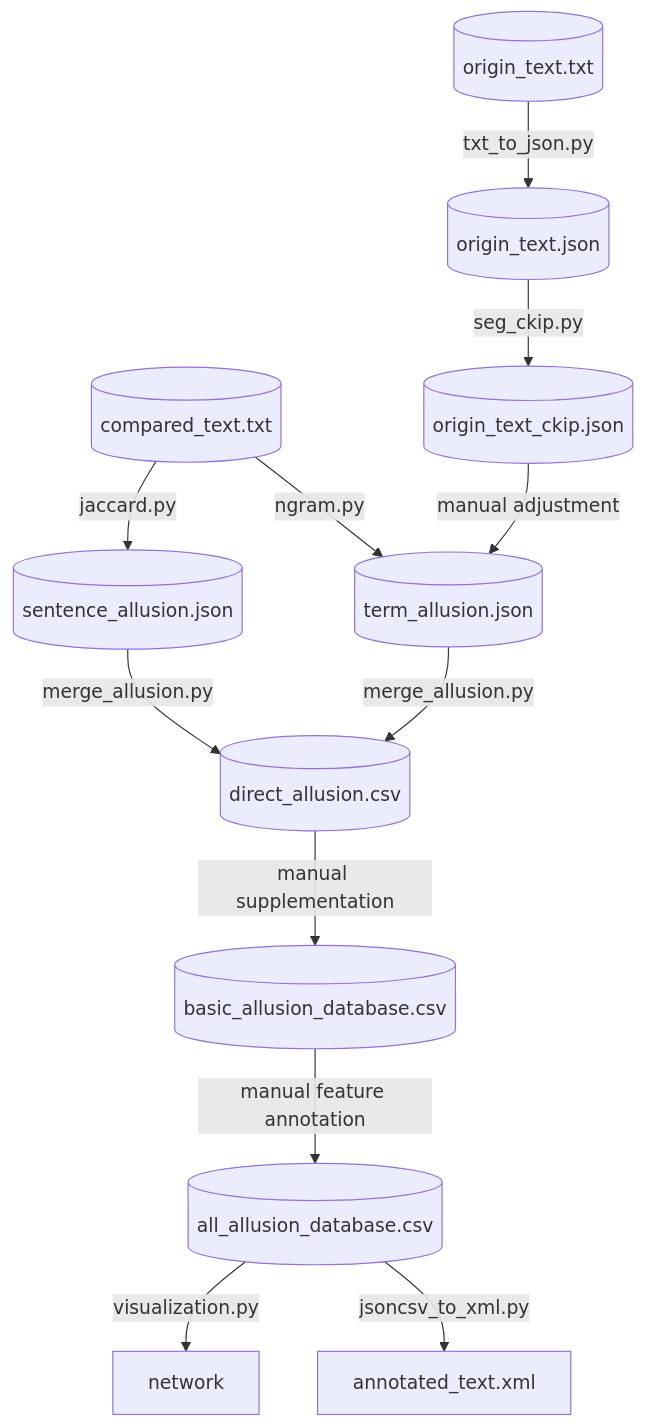
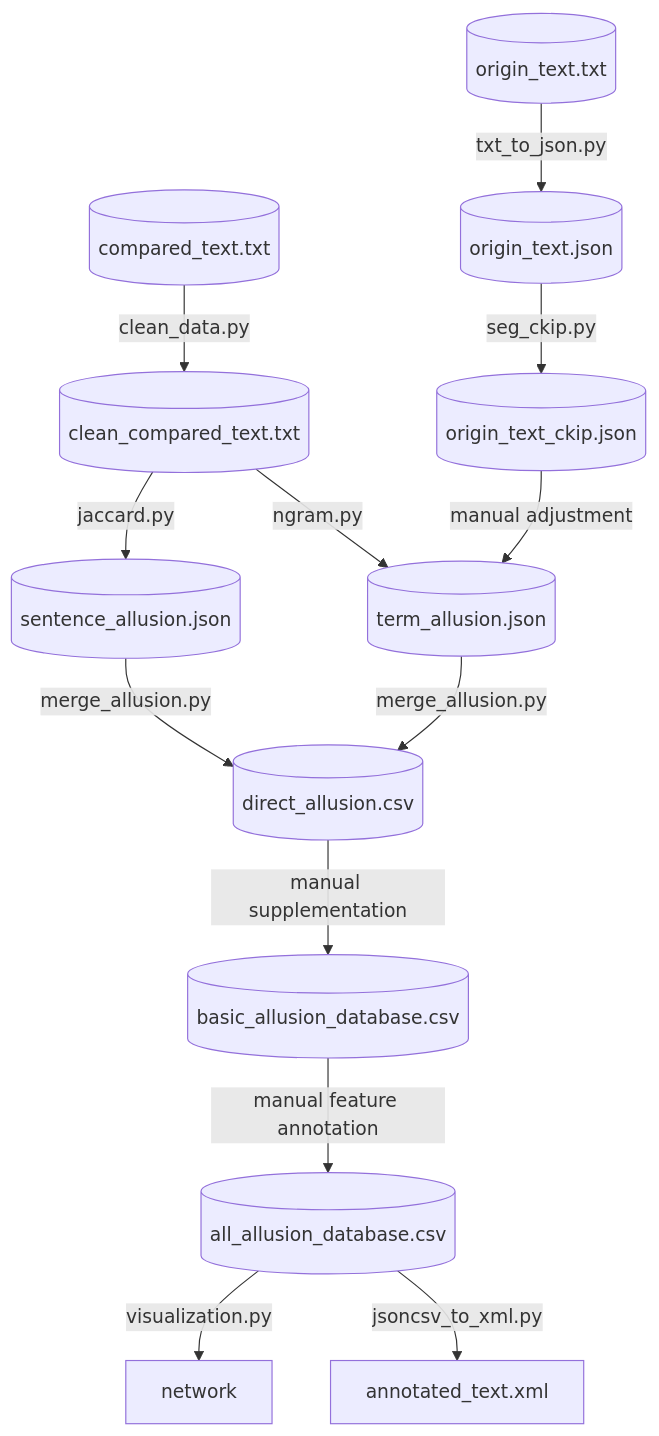
One commit to Taoyi-Chiang/lufu_allusion changed the diagram in README.md. Above: the diagram before and after it, drawn with Mermaid.

````diff
--- a/README.md
+++ b/README.md
@@ -3,28 +3,30 @@
 ```mermaid
 graph TD
     %% 1. 定義各個節點
     A1[(origin_text.txt)]
     A2[(compared_text.txt)]
+    A3[(clean_compared_text.txt)]
     B1[(origin_text.json)]
     B2[(origin_text_ckip.json)]
     C1[(sentence_allusion.json)]
     C2[(term_allusion.json)]
     D1[(direct_allusion.csv)]
     E1[(basic_allusion_database.csv)]
     E2[(all_allusion_database.csv)]
     F1[network]
     F2[annotated_text.xml]
 
     %% 2. 定義接點方向
     A1-->|txt_to_json.py|B1
     B1-->|seg_ckip.py|B2
     B2-->|manual adjustment|C2
-    A2-->|jaccard.py|C1
-    A2-->|ngram.py|C2
+    A2-->|clean_data.py|A3
+    A3-->|jaccard.py|C1
+    A3-->|ngram.py|C2
     C1-->|merge_allusion.py|D1
     C2-->|merge_allusion.py|D1
     D1-->|manual supplementation|E1
     E1-->|manual feature annotation|E2
     E2-->|visualization.py|F1
     E2-->|jsoncsv_to_xml.py|F2
 ```
````
